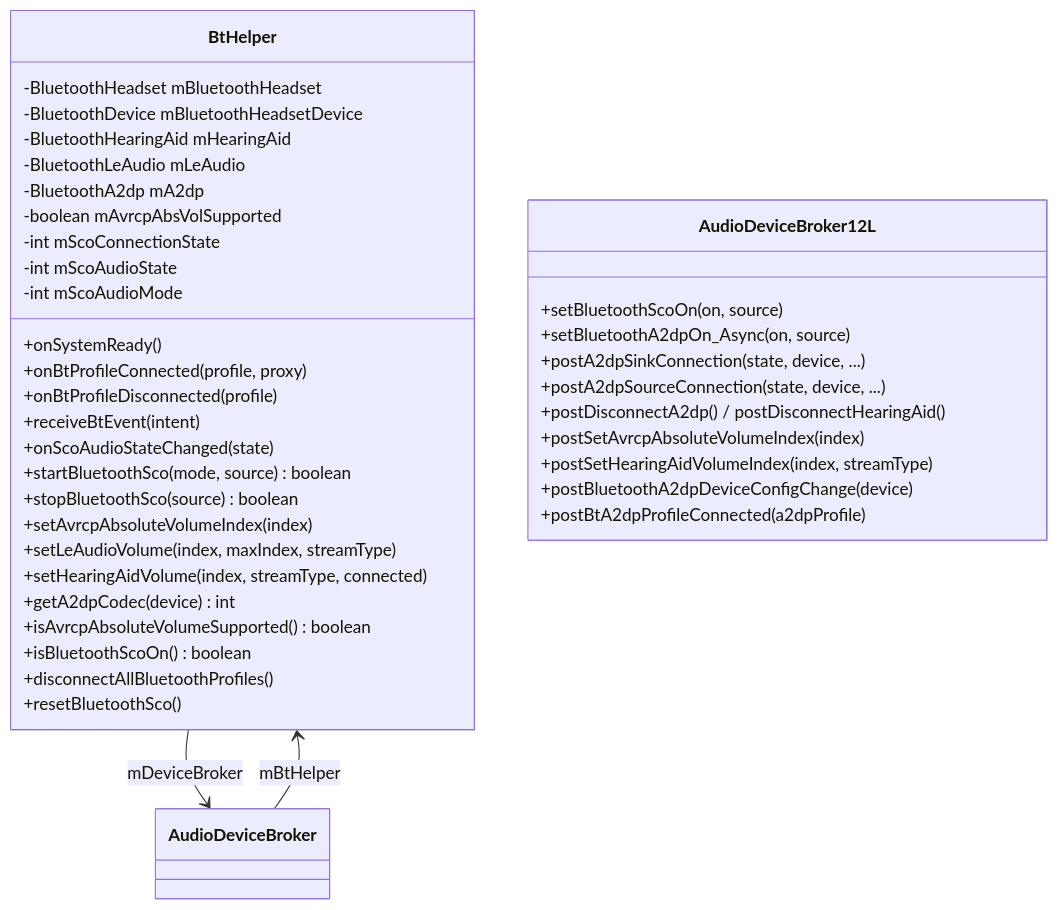
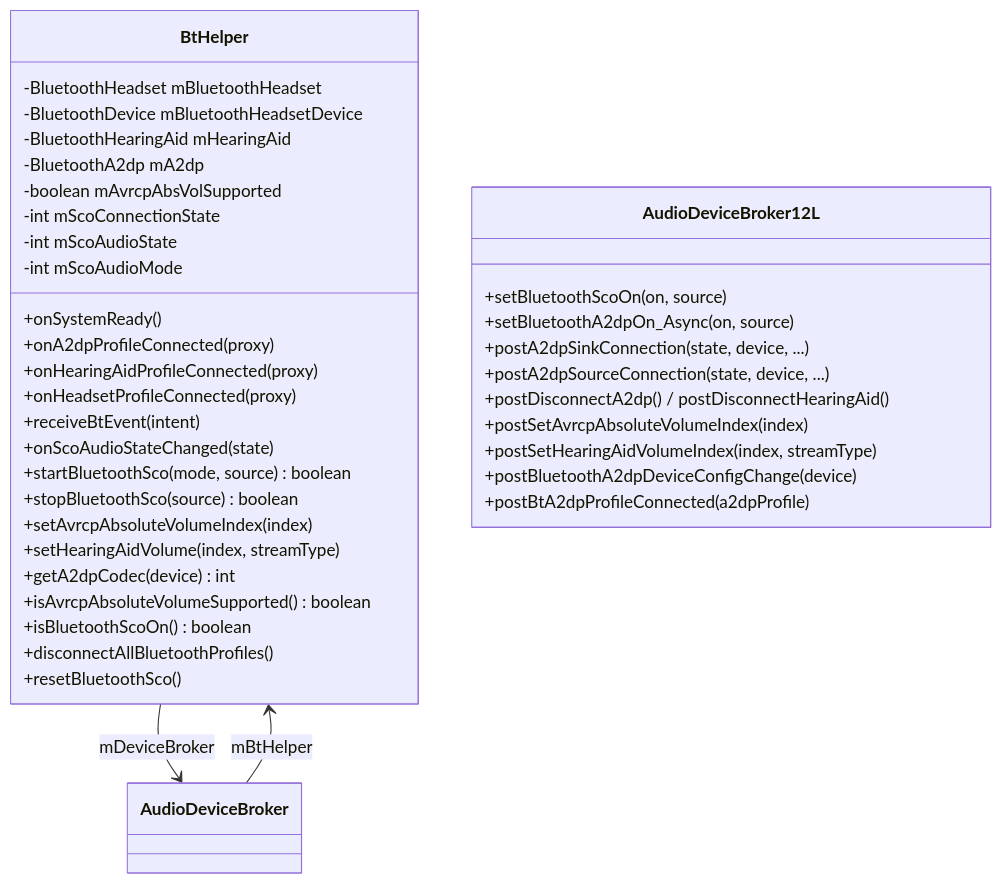
The second of 5 diagrams in 14_Bluetooth_Audio/14_14.1_蓝牙音频协议总览.md (yanglinzhen1022/SA8295_AAOS_QNX_Audio_KnowledgeBase), drawn with Mermaid before and after one commit. The commit also changed other lines of this file and 10 other files, not shown here.

````diff
--- a/14_Bluetooth_Audio/14_14.1_蓝牙音频协议总览.md
+++ b/14_Bluetooth_Audio/14_14.1_蓝牙音频协议总览.md
@@ -80,44 +81,43 @@
 ```mermaid
 classDiagram
     class BtHelper {
         -BluetoothHeadset mBluetoothHeadset
         -BluetoothDevice mBluetoothHeadsetDevice
         -BluetoothHearingAid mHearingAid
-        -BluetoothLeAudio mLeAudio
         -BluetoothA2dp mA2dp
         -boolean mAvrcpAbsVolSupported
         -int mScoConnectionState
         -int mScoAudioState
         -int mScoAudioMode
         +onSystemReady()
-        +onBtProfileConnected(profile, proxy)
-        +onBtProfileDisconnected(profile)
+        +onA2dpProfileConnected(proxy)
+        +onHearingAidProfileConnected(proxy)
+        +onHeadsetProfileConnected(proxy)
         +receiveBtEvent(intent)
         +onScoAudioStateChanged(state)
         +startBluetoothSco(mode, source) boolean
         +stopBluetoothSco(source) boolean
         +setAvrcpAbsoluteVolumeIndex(index)
-        +setLeAudioVolume(index, maxIndex, streamType)
-        +setHearingAidVolume(index, streamType, connected)
+        +setHearingAidVolume(index, streamType)
         +getA2dpCodec(device) int
         +isAvrcpAbsoluteVolumeSupported() boolean
         +isBluetoothScoOn() boolean
         +disconnectAllBluetoothProfiles()
         +resetBluetoothSco()
     }
 
     class AudioDeviceBroker12L {
         +setBluetoothScoOn(on, source)
         +setBluetoothA2dpOn_Async(on, source)
         +postA2dpSinkConnection(state, device, ...)
         +postA2dpSourceConnection(state, device, ...)
         +postDisconnectA2dp() / postDisconnectHearingAid()
         +postSetAvrcpAbsoluteVolumeIndex(index)
         +postSetHearingAidVolumeIndex(index, streamType)
         +postBluetoothA2dpDeviceConfigChange(device)
         +postBtA2dpProfileConnected(a2dpProfile)
     }
 
     BtHelper --> AudioDeviceBroker : mDeviceBroker
     AudioDeviceBroker --> BtHelper : mBtHelper
 ```
````
